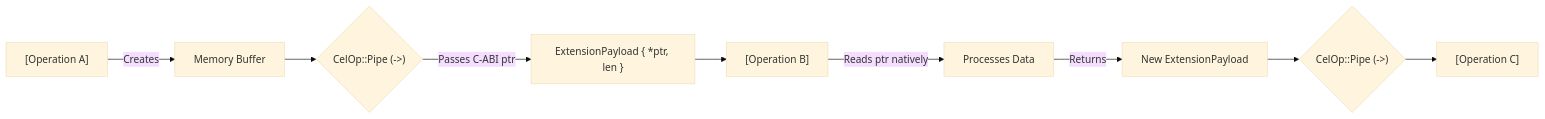
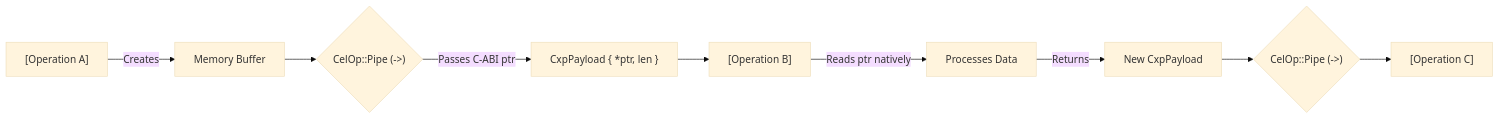
The diagram in docs/cel/tutorials/getting_started.md (ayan-kushwaha/Cluaiz-), drawn with Mermaid (base theme) before and after one commit. The commit also changed other lines of this file and 109 other files, not shown here.

````diff
--- a/docs/cel/tutorials/getting_started.md
+++ b/docs/cel/tutorials/getting_started.md
@@ -27,14 +27,14 @@
 ```mermaid
 flowchart LR
     A["[Operation A]"] -->|Creates| B["Memory Buffer"]
     
     B --> C{"CelOp::Pipe (->)"}
-    C -->|Passes C-ABI ptr| D["ExtensionPayload { *ptr, len }"]
+    C -->|Passes C-ABI ptr| D["CxpPayload { *ptr, len }"]
     
     D --> E["[Operation B]"]
     
     E -->|Reads ptr natively| F["Processes Data"]
-    F -->|Returns| G["New ExtensionPayload"]
+    F -->|Returns| G["New CxpPayload"]
     G --> H{"CelOp::Pipe (->)"}
     H --> I["[Operation C]"]
 ```
````
